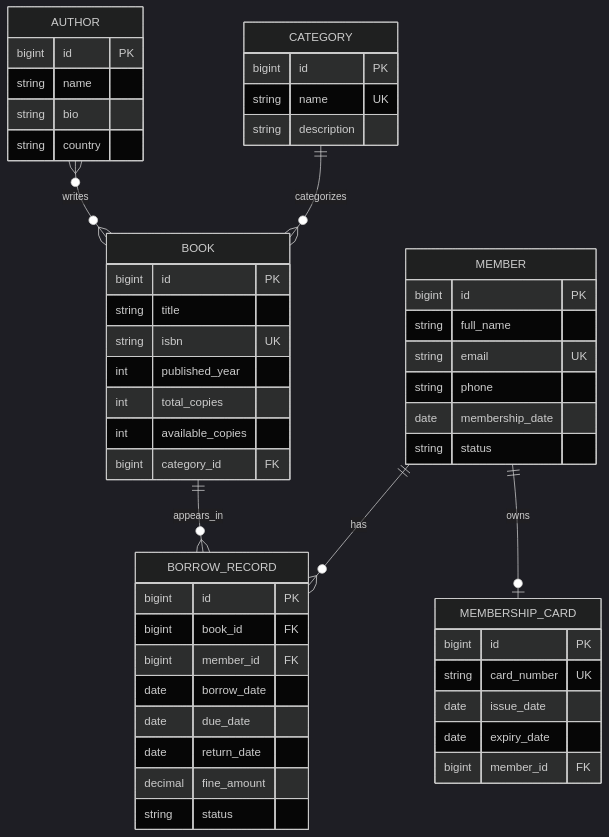
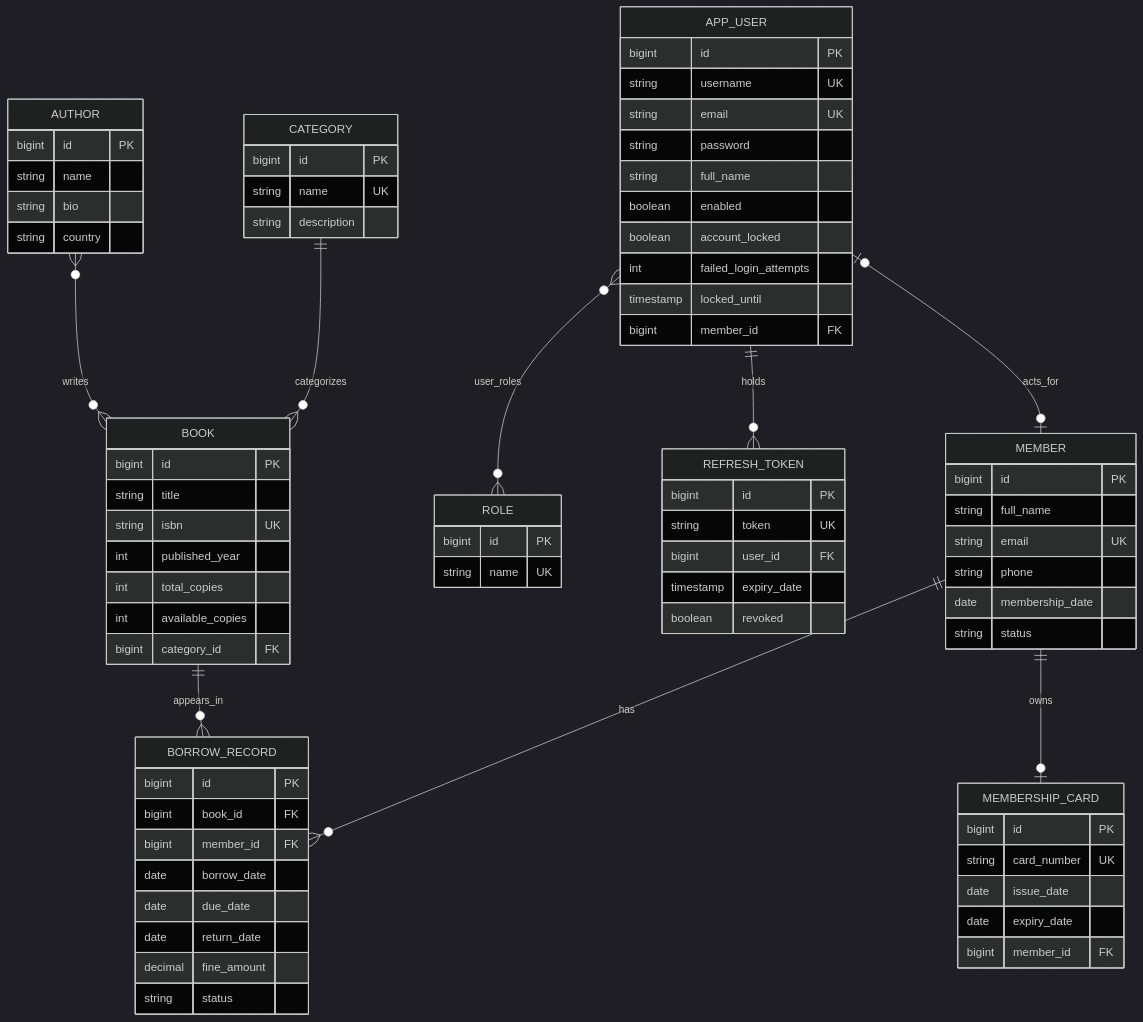
Before and after one commit to maheshmaheshma/Library-Management: the diagram in docs/er-diagram.mmd, drawn with Mermaid (dark theme). The commit also changed 82 other files, not shown here.

Commit message:
Secure Login & User Management

```diff
--- a/docs/er-diagram.mmd
+++ b/docs/er-diagram.mmd
@@ -1,12 +1,18 @@
 erDiagram
   AUTHOR }o--o{ BOOK : writes
   CATEGORY ||--o{ BOOK : categorizes
   MEMBER ||--o{ BORROW_RECORD : has
   BOOK ||--o{ BORROW_RECORD : appears_in
   MEMBER ||--o| MEMBERSHIP_CARD : owns
   AUTHOR { bigint id PK string name string bio string country }
   CATEGORY { bigint id PK string name UK string description }
   BOOK { bigint id PK string title string isbn UK int published_year int total_copies int available_copies bigint category_id FK }
   MEMBER { bigint id PK string full_name string email UK string phone date membership_date string status }
   MEMBERSHIP_CARD { bigint id PK string card_number UK date issue_date date expiry_date bigint member_id FK }
   BORROW_RECORD { bigint id PK bigint book_id FK bigint member_id FK date borrow_date date due_date date return_date decimal fine_amount string status }
+  APP_USER }o--o{ ROLE : user_roles
+  APP_USER ||--o{ REFRESH_TOKEN : holds
+  APP_USER |o--o| MEMBER : acts_for
+  APP_USER { bigint id PK string username UK string email UK string password string full_name boolean enabled boolean account_locked int failed_login_attempts timestamp locked_until bigint member_id FK }
+  ROLE { bigint id PK string name UK }
+  REFRESH_TOKEN { bigint id PK string token UK bigint user_id FK timestamp expiry_date boolean revoked }
```
